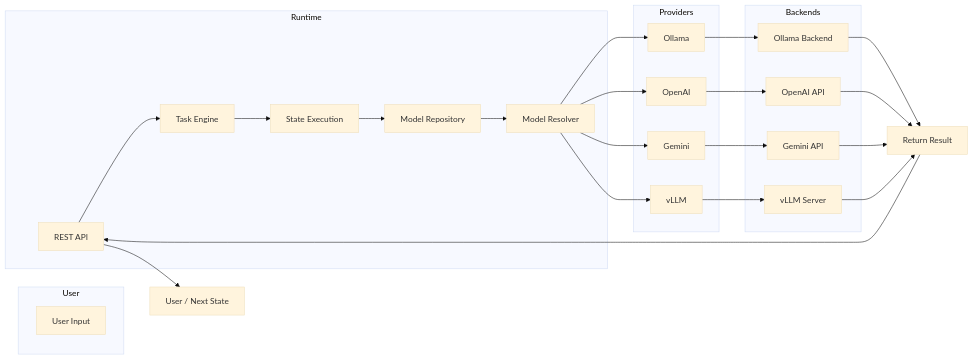
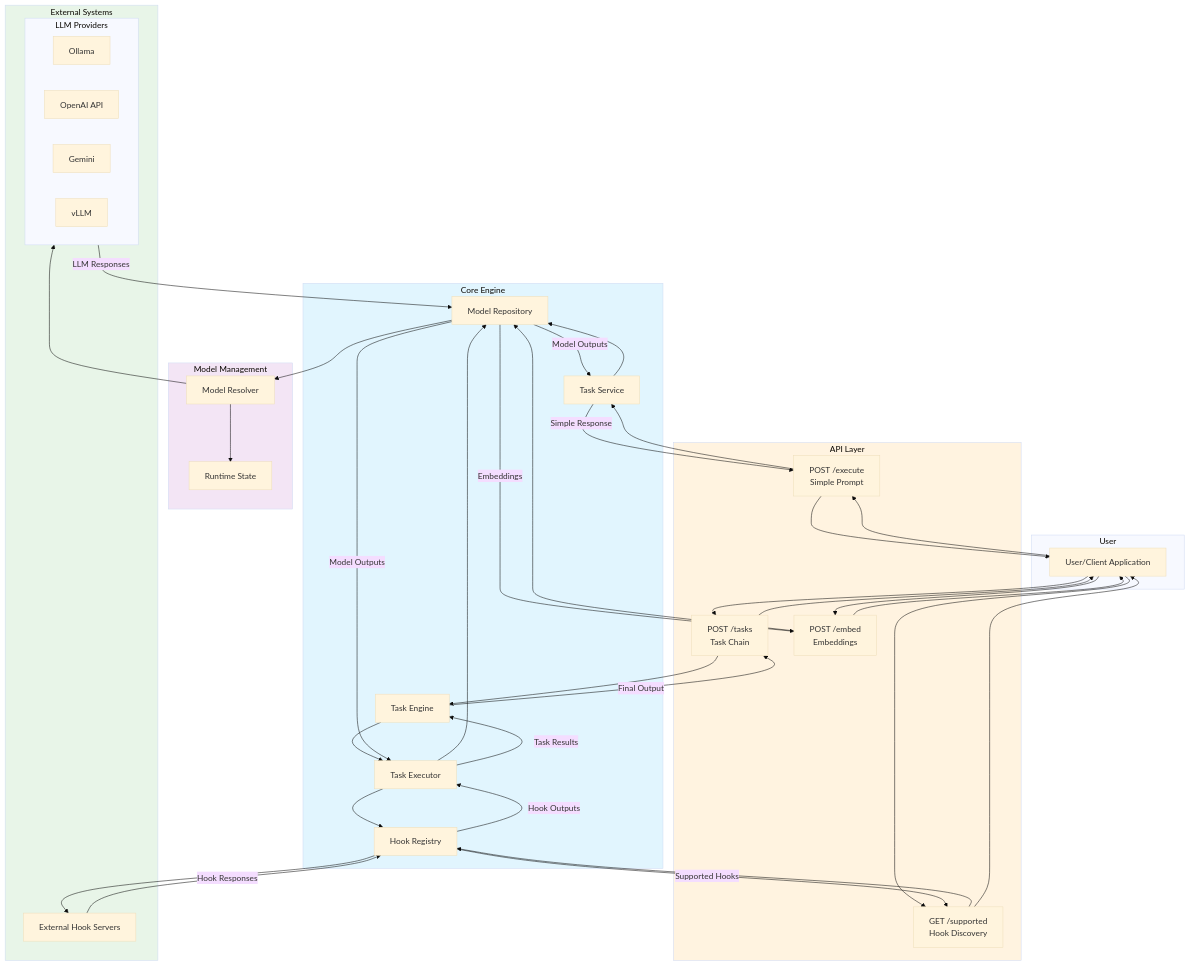
Before and after one commit to contenox/runtime: the diagram in README.md, drawn with Mermaid (base theme).

Commit message:
Add Architecture section

````diff
--- a/README.md
+++ b/README.md
@@ -119,35 +119,79 @@
 ```mermaid
-graph LR
+flowchart TB
     subgraph User
-        IN[User Input]
+        U[User/Client Application]
     end
 
-    subgraph Runtime
-        API[REST API] --> TE[Task Engine]
-        TE --> SE[State Execution]
-        SE --> MR[Model Repository]
-        MR --> RES[Model Resolver]
+    subgraph API_Layer["API Layer"]
+        EP1["POST /execute<br/>Simple Prompt"]
+        EP2["POST /tasks<br/>Task Chain"]
+        EP3["POST /embed<br/>Embeddings"]
+        EP4["GET /supported<br/>Hook Discovery"]
     end
 
-    subgraph Providers
-        RES --> O[Ollama]
-        RES --> OP[OpenAI]
-        RES --> G[Gemini]
-        RES --> V[vLLM]
+    subgraph Core_Engine["Core Engine"]
+        TS[Task Service]
+        TE[Task Engine]
+        TExec[Task Executor]
+
+        TE --> TExec
+        TExec --> MR[Model Repository]
+        TExec --> HR[Hook Registry]
     end
 
-    subgraph Backends
-        O --> OB[Ollama Backend]
-        OP --> OPB[OpenAI API]
-        G --> GB[Gemini API]
-        V --> VB[vLLM Server]
+    subgraph Model_Management["Model Management"]
+        MR --> Resolver[Model Resolver]
+        Resolver --> RS[Runtime State]
     end
 
-    OB --> RET[Return Result]
-    OPB --> RET
-    GB --> RET
-    VB --> RET
+    subgraph External_Systems["External Systems"]
+        subgraph LLM_Providers["LLM Providers"]
+            O[Ollama]
+            OP[OpenAI API]
+            G[Gemini]
+            V[vLLM]
+        end
 
-    RET --> API
-    API --> OUT[User / Next State]
+        HS[External Hook Servers]
+    end
+
+    %% Data flow
+    U --> EP1
+    U --> EP2
+    U --> EP3
+    U --> EP4
+
+    EP1 --> TS
+    EP2 --> TE
+    EP3 --> MR
+    EP4 --> HR
+
+    TS --> MR
+
+    Resolver --> LLM_Providers
+    HR --> HS
+
+    LLM_Providers -- LLM Responses --> MR
+    HS -- Hook Responses --> HR
+
+    MR -- Model Outputs --> TS
+    MR -- Model Outputs --> TExec
+    HR -- Hook Outputs --> TExec
+
+    TExec -- Task Results --> TE
+    TE -- Final Output --> EP2
+    TS -- Simple Response --> EP1
+    MR -- Embeddings --> EP3
+    HR -- Supported Hooks --> EP4
+
+    EP1 --> U
+    EP2 --> U
+    EP3 --> U
+    EP4 --> U
+
+    style Core_Engine fill:#e1f5fe
+    style Model_Management fill:#f3e5f5
+    style External_Systems fill:#e8f5e8
+    style API_Layer fill:#fff3e0
+
 ```
````
